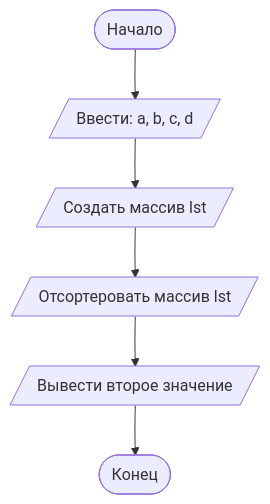
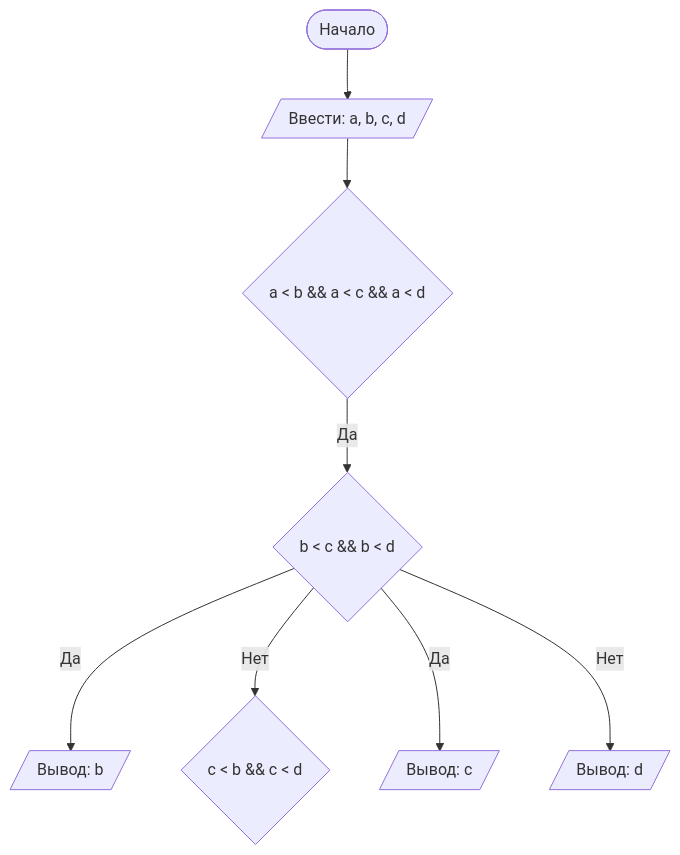
Before and after one commit to 3214Hoh/LabExample: the diagram in README.md, drawn with Mermaid.

````diff
--- a/README.md
+++ b/README.md
@@ -71,8 +71,11 @@
 ```mermaid
 graph TD
   A([Начало]) --> B[/Ввести: a, b, c, d/]
-  B --> C[/Создать массив lst/]
-  C --> D[/Отсортеровать массив lst/]
-  D --> E[/Вывести второе значение/]
-  E --> Z([Конец])
+  B --> C{a < b && a < c && a < d}
+  C -- Да --> D{b < c && b < d}
+  D --  Да --> D1[/Вывод: b/]
+  D -- Нет --> E{c < b && c < d}
+  D --  Да --> E1[/Вывод: c/]
+  D --  Нет --> E2[/Вывод: d/]
+  
 ```
````
